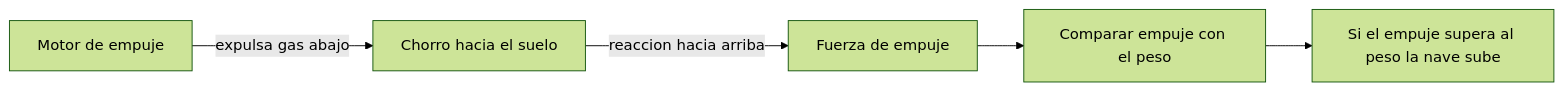
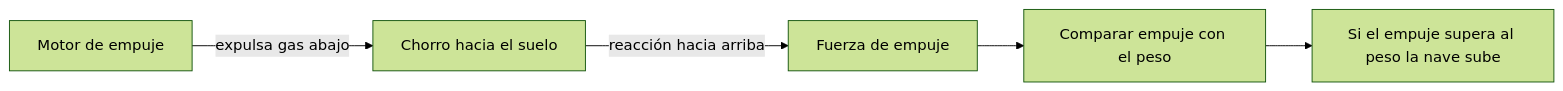
Before and after one commit to vladimiracunadev-create/machine-operator-program: the second of 3 diagrams in vehiculos-fantasticos/thunderbird-1/operacion/sistemas-mecanicos-thunderbird-1.md, drawn with Mermaid (forest theme). The commit also changed other lines of this file and 442 other files, not shown here.

````diff
--- a/vehiculos-fantasticos/thunderbird-1/operacion/sistemas-mecanicos-thunderbird-1.md
+++ b/vehiculos-fantasticos/thunderbird-1/operacion/sistemas-mecanicos-thunderbird-1.md
@@ -53,7 +53,7 @@
 ```mermaid
 flowchart LR
     Motor[Motor de empuje] -->|expulsa gas abajo| Chorro[Chorro hacia el suelo]
-    Chorro -->|reaccion hacia arriba| Empuje[Fuerza de empuje]
+    Chorro -->|reacción hacia arriba| Empuje[Fuerza de empuje]
     Empuje --> Compara[Comparar empuje con el peso]
     Compara --> Sube[Si el empuje supera al peso la nave sube]
 ```
````
